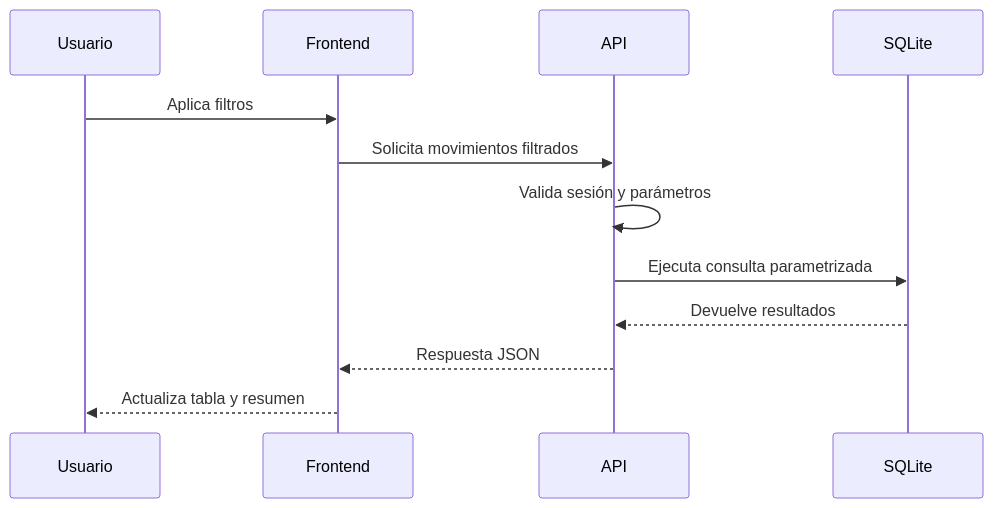
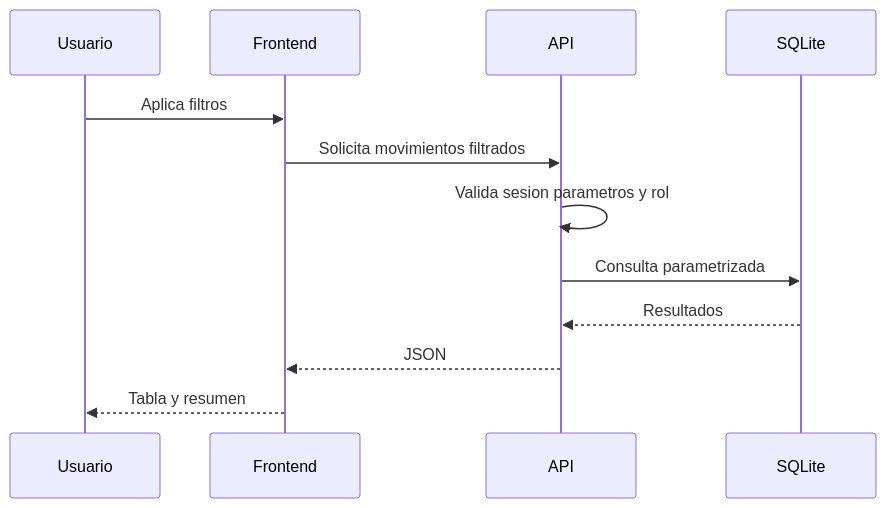
One commit to AntonioZurano/cashflow-control-case-study changed the second of 3 diagrams in README.md. Above: the diagram before and after it, drawn with Mermaid. The commit also changed other lines of this file, not shown here.

````diff
--- a/README.md
+++ b/README.md
@@ -221,15 +111,15 @@
 ```mermaid
 sequenceDiagram
     participant U as Usuario
     participant F as Frontend
     participant A as API
     participant D as SQLite
 
     U->>F: Aplica filtros
     F->>A: Solicita movimientos filtrados
-    A->>A: Valida sesión y parámetros
-    A->>D: Ejecuta consulta parametrizada
-    D-->>A: Devuelve resultados
-    A-->>F: Respuesta JSON
-    F-->>U: Actualiza tabla y resumen
+    A->>A: Valida sesion parametros y rol
+    A->>D: Consulta parametrizada
+    D-->>A: Resultados
+    A-->>F: JSON
+    F-->>U: Tabla y resumen
 ```
````
